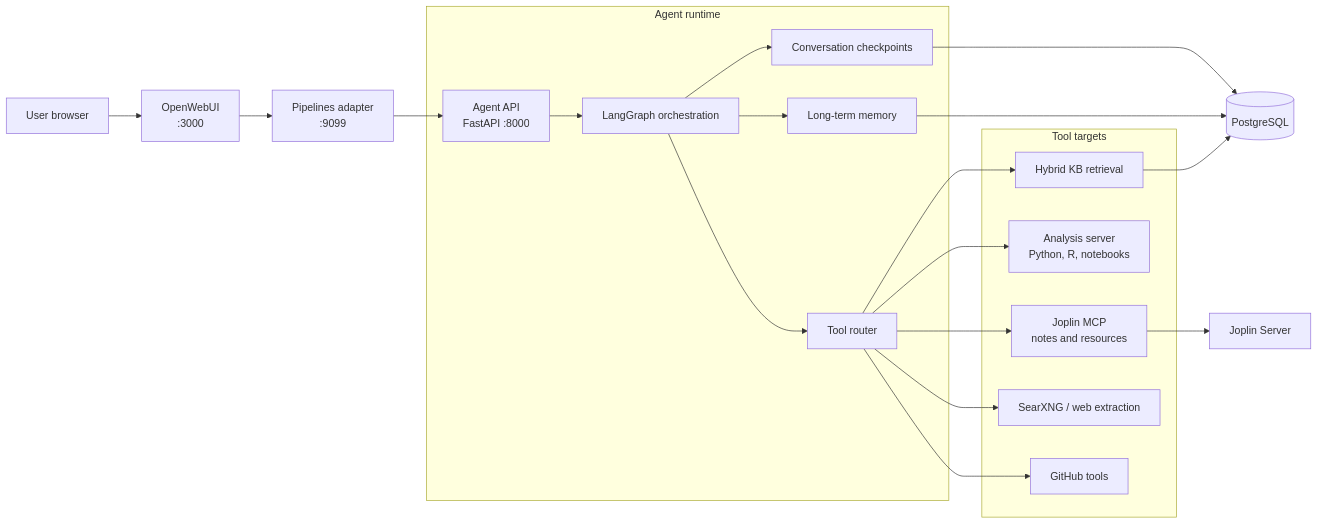
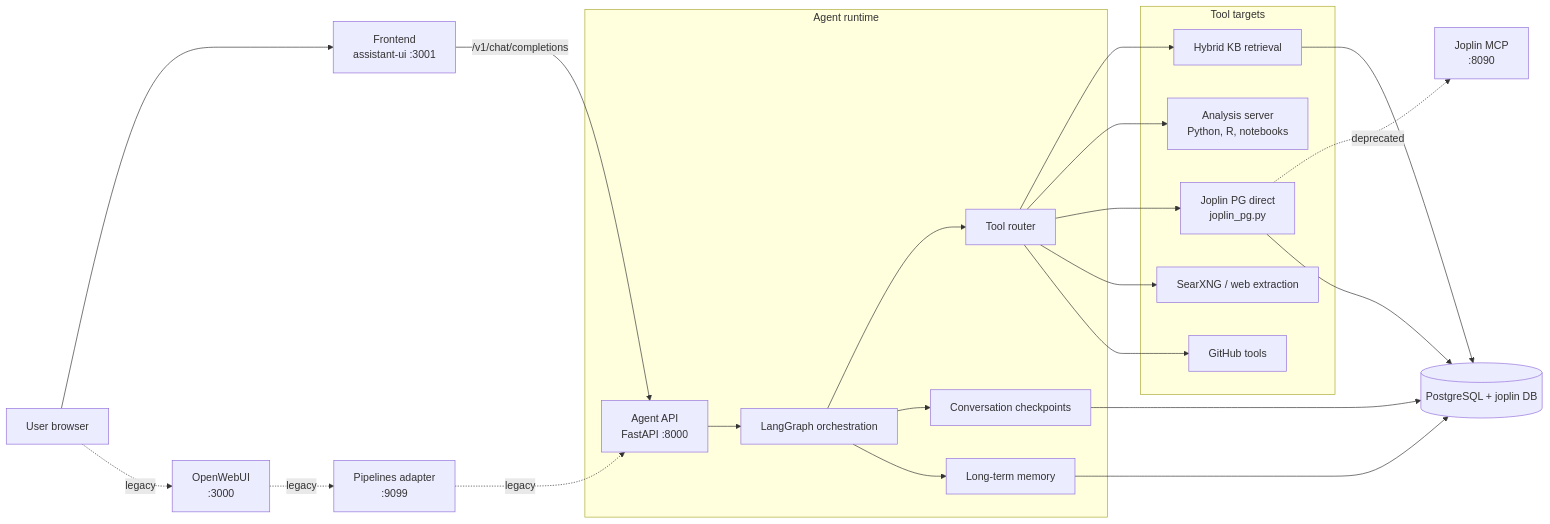
Before and after one commit to Ch3w3y/parsnip-ai: the first of 8 diagrams in docs/ARCHITECTURE_VISUALS.md, drawn with Mermaid. The commit also changed other lines of this file and 5 other files, not shown here.

````diff
--- a/docs/ARCHITECTURE_VISUALS.md
+++ b/docs/ARCHITECTURE_VISUALS.md
@@ -9,26 +12,31 @@
 ```mermaid
 flowchart LR
-    User[User browser] --> OWUI[OpenWebUI<br/>:3000]
-    OWUI --> Pipe[Pipelines adapter<br/>:9099]
-    Pipe --> Agent[Agent API<br/>FastAPI :8000]
+    User[User browser] --> FE[Frontend<br/>assistant-ui :3001]
+    FE -->|/v1/chat/completions| Agent[Agent API<br/>FastAPI :8000]
+
+    User -.->|legacy| OWUI[OpenWebUI<br/>:3000]
+    OWUI -.->|legacy| Pipe[Pipelines adapter<br/>:9099]
+    Pipe -.->|legacy| Agent
 
     subgraph AgentCore[Agent runtime]
         Agent --> Graph[LangGraph orchestration]
         Graph --> Tools[Tool router]
         Graph --> Checkpoints[Conversation checkpoints]
         Graph --> Memory[Long-term memory]
     end
 
     subgraph Tooling[Tool targets]
         Tools --> KB[Hybrid KB retrieval]
         Tools --> Analysis[Analysis server<br/>Python, R, notebooks]
-        Tools --> Joplin[Joplin MCP<br/>notes and resources]
+        Tools --> JoplinPG[Joplin PG direct<br/>joplin_pg.py]
         Tools --> Search[SearXNG / web extraction]
         Tools --> GitHub[GitHub tools]
     end
 
-    Checkpoints --> PG[(PostgreSQL)]
+    JoplinPG -.->|deprecated| JMCP[Joplin MCP<br/>:8090]
+    JoplinPG --> PG[(PostgreSQL + joplin DB)]
+
+    Checkpoints --> PG
     Memory --> PG
     KB --> PG
-    Joplin --> JoplinServer[Joplin Server]
 ```
````
